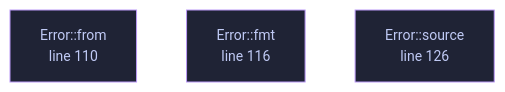
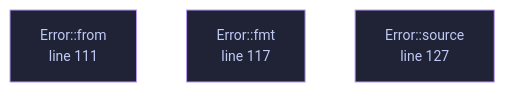
The diagram in wiki/File-veilvoice-policy-lib.md (tilas01/veilvoice), drawn with Mermaid before and after one commit. The commit also changed other lines of this file and 550 other files, not shown here.

````diff
--- a/wiki/File-veilvoice-policy-lib.md
+++ b/wiki/File-veilvoice-policy-lib.md
@@ -99,14 +99,14 @@
 ```mermaid
 %%{init: {"theme":"base","themeVariables":{"background":"#1a1b26","primaryColor":"#1f2335","primaryTextColor":"#c0caf5","primaryBorderColor":"#7aa2f7","secondaryColor":"#16161e","tertiaryColor":"#16161e","lineColor":"#737aa2","textColor":"#c0caf5","mainBkg":"#1f2335","nodeBorder":"#7aa2f7","clusterBkg":"#16161e","clusterBorder":"#2f3549","fontFamily":"ui-monospace, SFMono-Regular, Consolas, monospace","fontSize":"14px"}}}%%
 flowchart TD
-    n_from["Error::from<br/>line 104"]
-    n_from["Error::from<br/>line 110"]
-    n_fmt["Error::fmt<br/>line 116"]
-    n_source["Error::source<br/>line 126"]
-    click n_from href "https://github.com/tilas01/veilvoice/blob/main/crates/veilvoice-policy/src/lib.rs#L104" "open the source"
-    click n_from href "https://github.com/tilas01/veilvoice/blob/main/crates/veilvoice-policy/src/lib.rs#L110" "open the source"
-    click n_fmt href "https://github.com/tilas01/veilvoice/blob/main/crates/veilvoice-policy/src/lib.rs#L116" "open the source"
-    click n_source href "https://github.com/tilas01/veilvoice/blob/main/crates/veilvoice-policy/src/lib.rs#L126" "open the source"
+    n_from["Error::from<br/>line 105"]
+    n_from["Error::from<br/>line 111"]
+    n_fmt["Error::fmt<br/>line 117"]
+    n_source["Error::source<br/>line 127"]
+    click n_from href "https://github.com/tilas01/veilvoice/blob/main/crates/veilvoice-policy/src/lib.rs#L105" "open the source"
+    click n_from href "https://github.com/tilas01/veilvoice/blob/main/crates/veilvoice-policy/src/lib.rs#L111" "open the source"
+    click n_fmt href "https://github.com/tilas01/veilvoice/blob/main/crates/veilvoice-policy/src/lib.rs#L117" "open the source"
+    click n_source href "https://github.com/tilas01/veilvoice/blob/main/crates/veilvoice-policy/src/lib.rs#L127" "open the source"
     classDef helper fill:#1f2335,stroke:#bb9af7,color:#c0caf5
     class n_from,n_from,n_fmt,n_source helper
 ```
````
